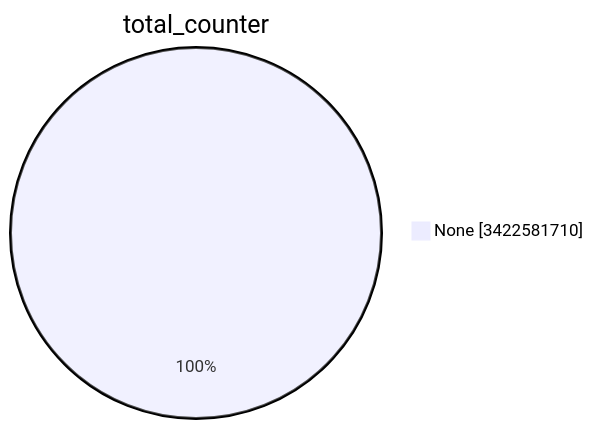
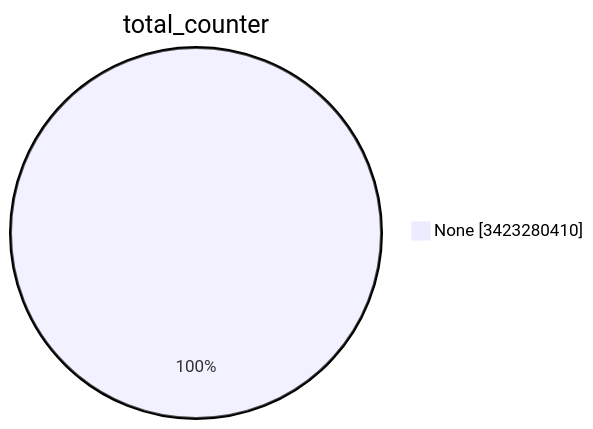
Before and after one commit to christiankrug/ctmonitor_visualization: the first of 15 diagrams in TOTAL/README.md, drawn with Mermaid. The commit also changed other lines of this file, not shown here.

````diff
--- a/TOTAL/README.md
+++ b/TOTAL/README.md
@@ -1,5 +1,5 @@
 ```mermaid
 pie showData
 title total_counter
-"None" :3422581710
+"None" :3423280410
 ```
````
